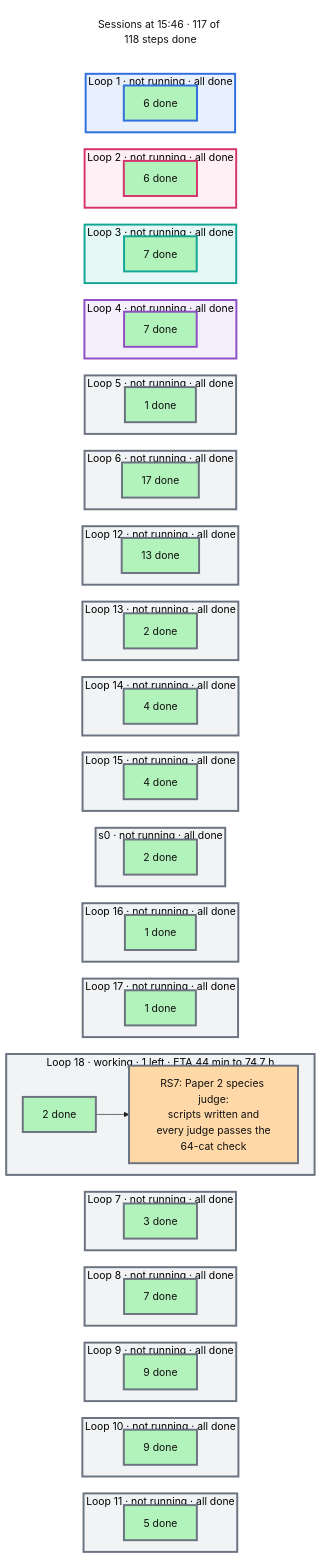
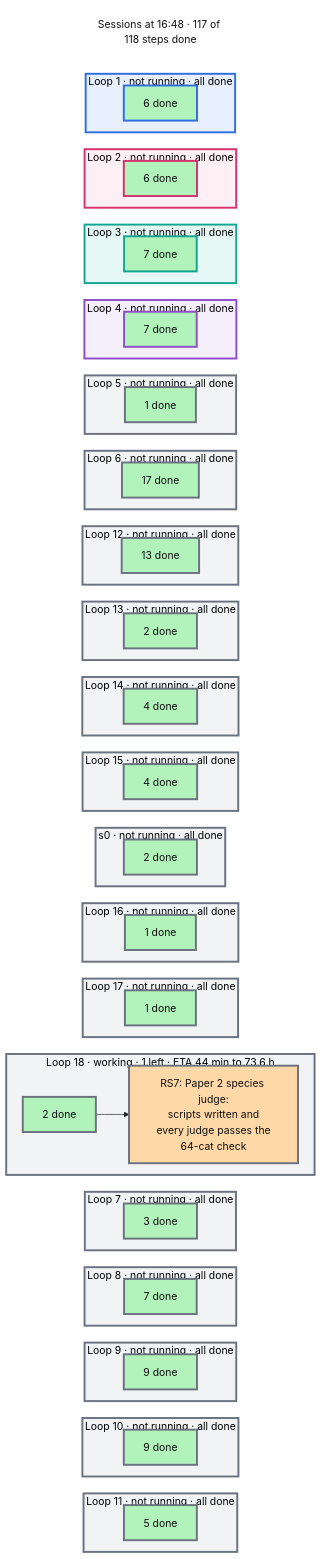
The diagram in artifacts/notes/progress/sessions.mmd (mo-rsa24/concept-composition), drawn with Mermaid before and after one commit. The commit also changed 9 other files, not shown here.

```diff
--- a/artifacts/notes/progress/sessions.mmd
+++ b/artifacts/notes/progress/sessions.mmd
@@ -1,124 +1,124 @@
 %%{init: {'theme': 'base', 'themeVariables': {'fontFamily': 'monospace', 'primaryColor': '#ffffff', 'primaryBorderColor': '#222222', 'primaryTextColor': '#111111', 'lineColor': '#222222'}, 'flowchart': {'nodeSpacing': 16, 'rankSpacing': 26}}}%%
 flowchart TB
   classDef done fill:#b2f2bb,color:#111111
   classDef doing fill:#ffd8a8,color:#111111
   classDef todo fill:#e9ecef,color:#111111
   classDef note fill:#ffffff,stroke:#c92a2a,stroke-dasharray:5 5,color:#c92a2a
-  now["Sessions at 15:46 · 117 of 118 steps done"]
+  now["Sessions at 16:48 · 117 of 118 steps done"]
   style now fill:#ffffff,stroke:#ffffff,color:#111111
   subgraph L0["Loop 1 · not running · all done"]
     direction LR
     d0["6 done"]:::done
   end
   subgraph L1["Loop 2 · not running · all done"]
     direction LR
     d1["6 done"]:::done
   end
   subgraph L2["Loop 3 · not running · all done"]
     direction LR
     d2["7 done"]:::done
   end
   subgraph L3["Loop 4 · not running · all done"]
     direction LR
     d3["7 done"]:::done
   end
   subgraph L4["Loop 5 · not running · all done"]
     direction LR
     d4["1 done"]:::done
   end
   subgraph L5["Loop 6 · not running · all done"]
     direction LR
     d5["17 done"]:::done
   end
   subgraph L6["Loop 12 · not running · all done"]
     direction LR
     d6["13 done"]:::done
   end
   subgraph L7["Loop 13 · not running · all done"]
     direction LR
     d7["2 done"]:::done
   end
   subgraph L8["Loop 14 · not running · all done"]
     direction LR
     d8["4 done"]:::done
   end
   subgraph L9["Loop 15 · not running · all done"]
     direction LR
     d9["4 done"]:::done
   end
   subgraph L10["s0 · not running · all done"]
     direction LR
     d10["2 done"]:::done
   end
   subgraph L11["Loop 16 · not running · all done"]
     direction LR
     d11["1 done"]:::done
   end
   subgraph L12["Loop 17 · not running · all done"]
     direction LR
     d12["1 done"]:::done
   end
-  subgraph L13["Loop 18 · working · 1 left · ETA 44 min to 74.7 h"]
+  subgraph L13["Loop 18 · working · 1 left · ETA 44 min to 73.6 h"]
     direction LR
     d13["2 done"]:::done --> n_RS7["RS7: Paper 2 species judge:<br/>scripts written and<br/>every judge passes the<br/>64-cat check"]:::doing
   end
   subgraph L14["Loop 7 · not running · all done"]
     direction LR
     d14["3 done"]:::done
   end
   subgraph L15["Loop 8 · not running · all done"]
     direction LR
     d15["7 done"]:::done
   end
   subgraph L16["Loop 9 · not running · all done"]
     direction LR
     d16["9 done"]:::done
   end
   subgraph L17["Loop 10 · not running · all done"]
     direction LR
     d17["9 done"]:::done
   end
   subgraph L18["Loop 11 · not running · all done"]
     direction LR
     d18["5 done"]:::done
   end
   now ~~~ L0 ~~~ L1 ~~~ L2 ~~~ L3 ~~~ L4 ~~~ L5 ~~~ L6 ~~~ L7 ~~~ L8 ~~~ L9 ~~~ L10 ~~~ L11 ~~~ L12 ~~~ L13 ~~~ L14 ~~~ L15 ~~~ L16 ~~~ L17 ~~~ L18
   style L0 fill:#e8f0fd,stroke:#2f6fde,stroke-width:3px
   style d0 stroke:#2f6fde,stroke-width:3px
   style L1 fill:#fff0f6,stroke:#d6336c,stroke-width:3px
   style d1 stroke:#d6336c,stroke-width:3px
   style L2 fill:#e6f8f5,stroke:#12a594,stroke-width:3px
   style d2 stroke:#12a594,stroke-width:3px
   style L3 fill:#f5effb,stroke:#8e4ec6,stroke-width:3px
   style d3 stroke:#8e4ec6,stroke-width:3px
   style L4 fill:#f1f3f5,stroke:#6b7280,stroke-width:3px
   style d4 stroke:#6b7280,stroke-width:3px
   style L5 fill:#f1f3f5,stroke:#6b7280,stroke-width:3px
   style d5 stroke:#6b7280,stroke-width:3px
   style L6 fill:#f1f3f5,stroke:#6b7280,stroke-width:3px
   style d6 stroke:#6b7280,stroke-width:3px
   style L7 fill:#f1f3f5,stroke:#6b7280,stroke-width:3px
   style d7 stroke:#6b7280,stroke-width:3px
   style L8 fill:#f1f3f5,stroke:#6b7280,stroke-width:3px
   style d8 stroke:#6b7280,stroke-width:3px
   style L9 fill:#f1f3f5,stroke:#6b7280,stroke-width:3px
   style d9 stroke:#6b7280,stroke-width:3px
   style L10 fill:#f1f3f5,stroke:#6b7280,stroke-width:3px
   style d10 stroke:#6b7280,stroke-width:3px
   style L11 fill:#f1f3f5,stroke:#6b7280,stroke-width:3px
   style d11 stroke:#6b7280,stroke-width:3px
   style L12 fill:#f1f3f5,stroke:#6b7280,stroke-width:3px
   style d12 stroke:#6b7280,stroke-width:3px
   style L13 fill:#f1f3f5,stroke:#6b7280,stroke-width:3px
   style d13 stroke:#6b7280,stroke-width:3px
   style n_RS7 stroke:#6b7280,stroke-width:3px
   style L14 fill:#f1f3f5,stroke:#6b7280,stroke-width:3px
   style d14 stroke:#6b7280,stroke-width:3px
   style L15 fill:#f1f3f5,stroke:#6b7280,stroke-width:3px
   style d15 stroke:#6b7280,stroke-width:3px
   style L16 fill:#f1f3f5,stroke:#6b7280,stroke-width:3px
   style d16 stroke:#6b7280,stroke-width:3px
   style L17 fill:#f1f3f5,stroke:#6b7280,stroke-width:3px
   style d17 stroke:#6b7280,stroke-width:3px
   style L18 fill:#f1f3f5,stroke:#6b7280,stroke-width:3px
   style d18 stroke:#6b7280,stroke-width:3px
```
